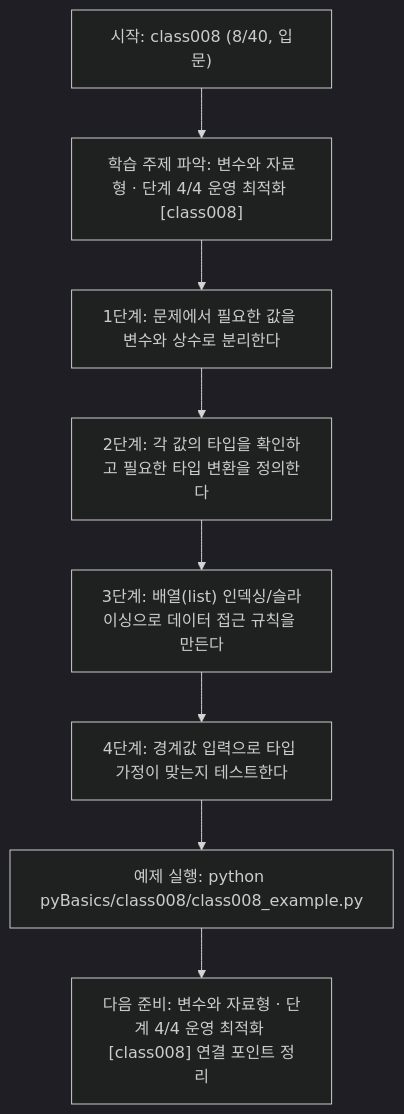
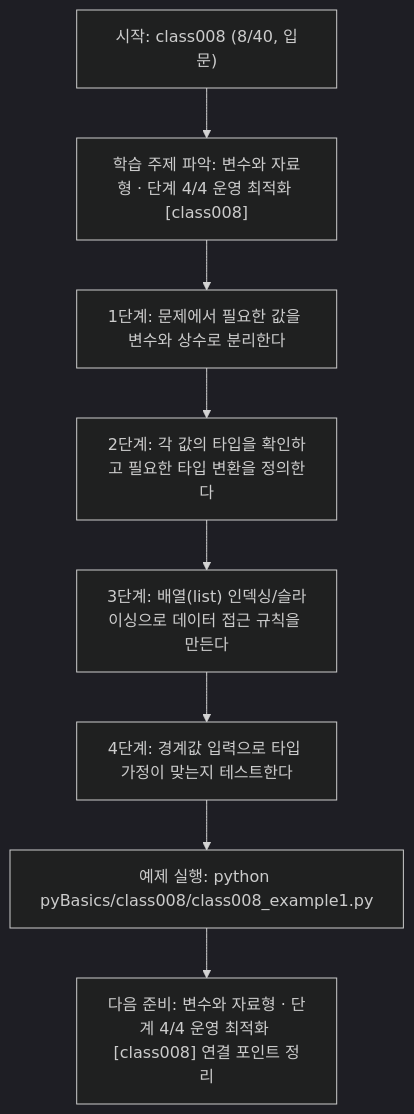
Before and after one commit to edumgt/Python-AI_Agent-Class: the diagram in pyBasics/class008/class008.md, drawn with Mermaid (dark theme). The commit also changed other lines of this file and 2959 other files, not shown here.

````diff
--- a/pyBasics/class008/class008.md
+++ b/pyBasics/class008/class008.md
@@ -109,18 +109,18 @@
 ```mermaid
 flowchart TD
 N1["시작: class008 (8/40, 입문)"]
 N2["학습 주제 파악: 변수와 자료형 · 단계 4/4 운영 최적화 [class008]"]
 N3["1단계: 문제에서 필요한 값을 변수와 상수로 분리한다"]
 N4["2단계: 각 값의 타입을 확인하고 필요한 타입 변환을 정의한다"]
 N5["3단계: 배열(list) 인덱싱/슬라이싱으로 데이터 접근 규칙을 만든다"]
 N6["4단계: 경계값 입력으로 타입 가정이 맞는지 테스트한다"]
-N7["예제 실행: python pyBasics/class008/class008_example.py"]
+N7["예제 실행: python pyBasics/class008/class008_example1.py"]
 N8["다음 준비: 변수와 자료형 · 단계 4/4 운영 최적화 [class008] 연결 포인트 정리"]
 N1 --> N2
 N2 --> N3
 N3 --> N4
 N4 --> N5
 N5 --> N6
 N6 --> N7
 N7 --> N8
 ```
````
